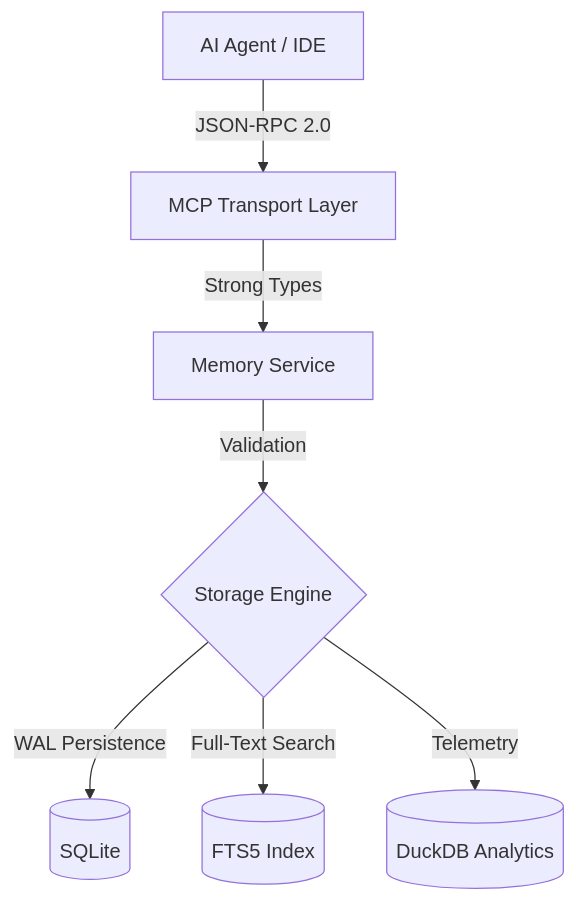
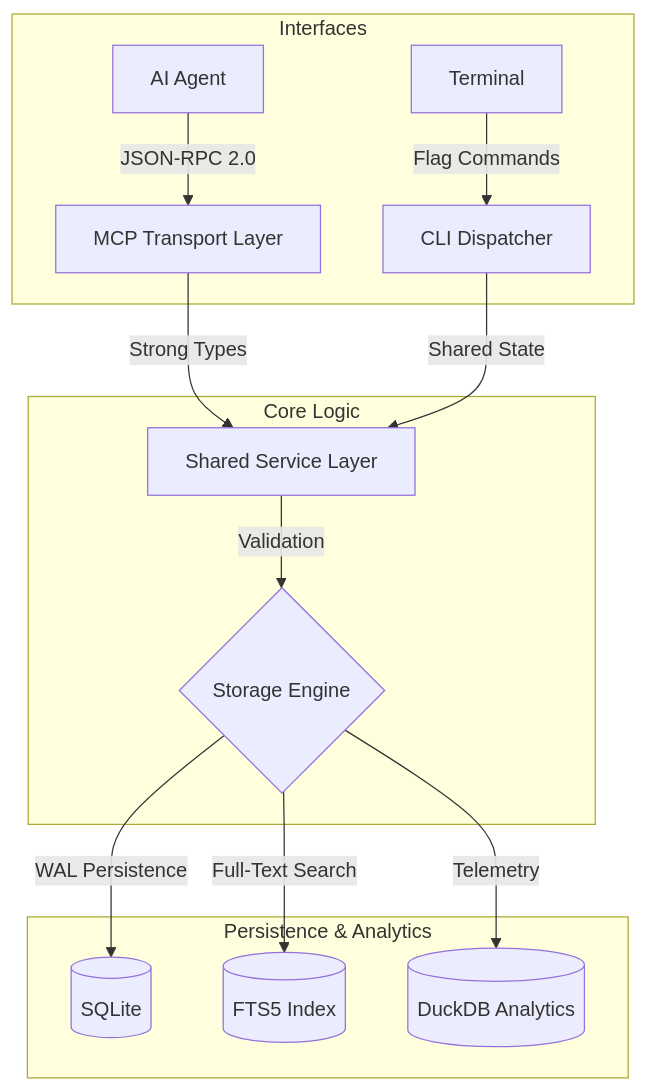
The diagram in README.md (victoriacheng15/echo), drawn with Mermaid before and after one commit. The commit also changed other lines of this file and 5 other files, not shown here.

Commit message:
docs(core): formalize dual-interface architecture and documentation (#41)

````diff
--- a/README.md
+++ b/README.md
@@ -44,9 +45,19 @@
 ```mermaid
 graph TD
-    A[AI Agent / IDE] -- JSON-RPC 2.0 --> B[MCP Transport Layer]
-    B -- Strong Types --> C[Memory Service]
-    C -- Validation --> D{Storage Engine}
-    D -- WAL Persistence --> E[(SQLite)]
-    D -- Full-Text Search --> F[(FTS5 Index)]
-    D -- Telemetry --> G[(DuckDB Analytics)]
+    subgraph "Interfaces"
+        A[AI Agent] -- "JSON-RPC 2.0" --> B[MCP Transport Layer]
+        H[Terminal] -- "Flag Commands" --> I[CLI Dispatcher]
+    end
+
+    subgraph "Core Logic"
+        B -- "Strong Types" --> C[Shared Service Layer]
+        I -- "Shared State" --> C
+        C -- "Validation" --> D{Storage Engine}
+    end
+
+    subgraph "Persistence & Analytics"
+        D -- "WAL Persistence" --> E[(SQLite)]
+        D -- "Full-Text Search" --> F[(FTS5 Index)]
+        D -- "Telemetry" --> G[(DuckDB Analytics)]
+    end
 ```
````
